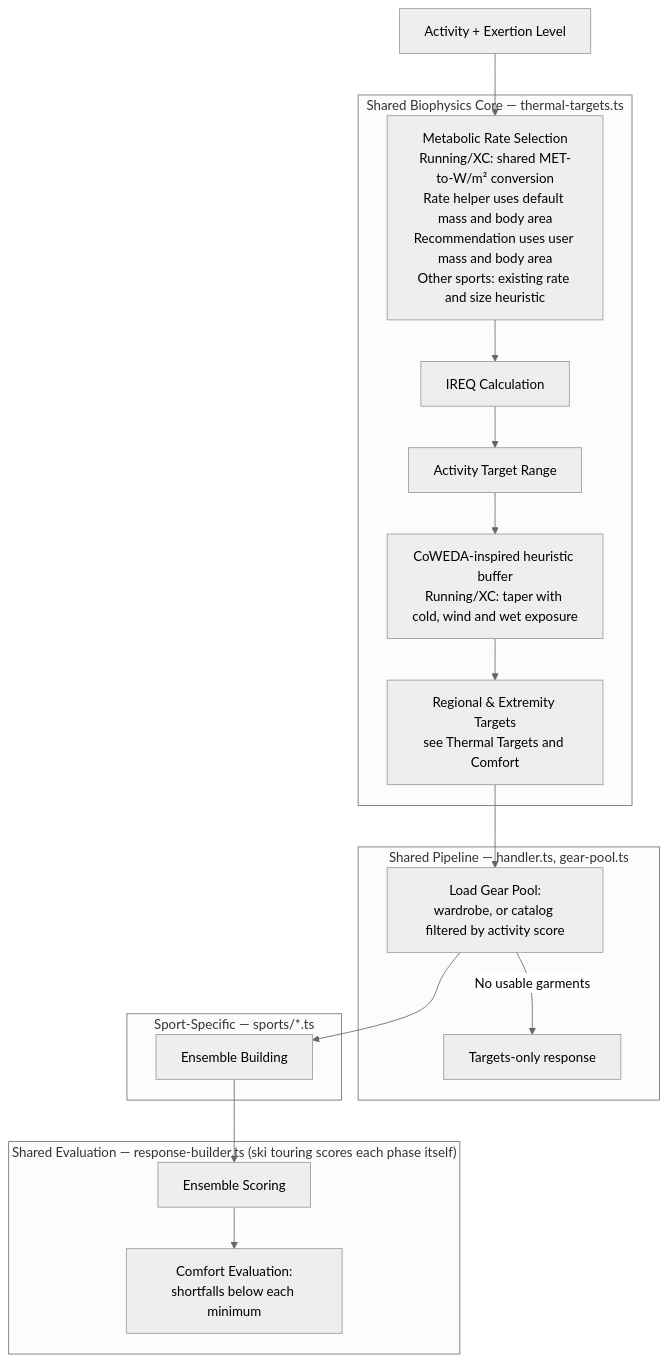
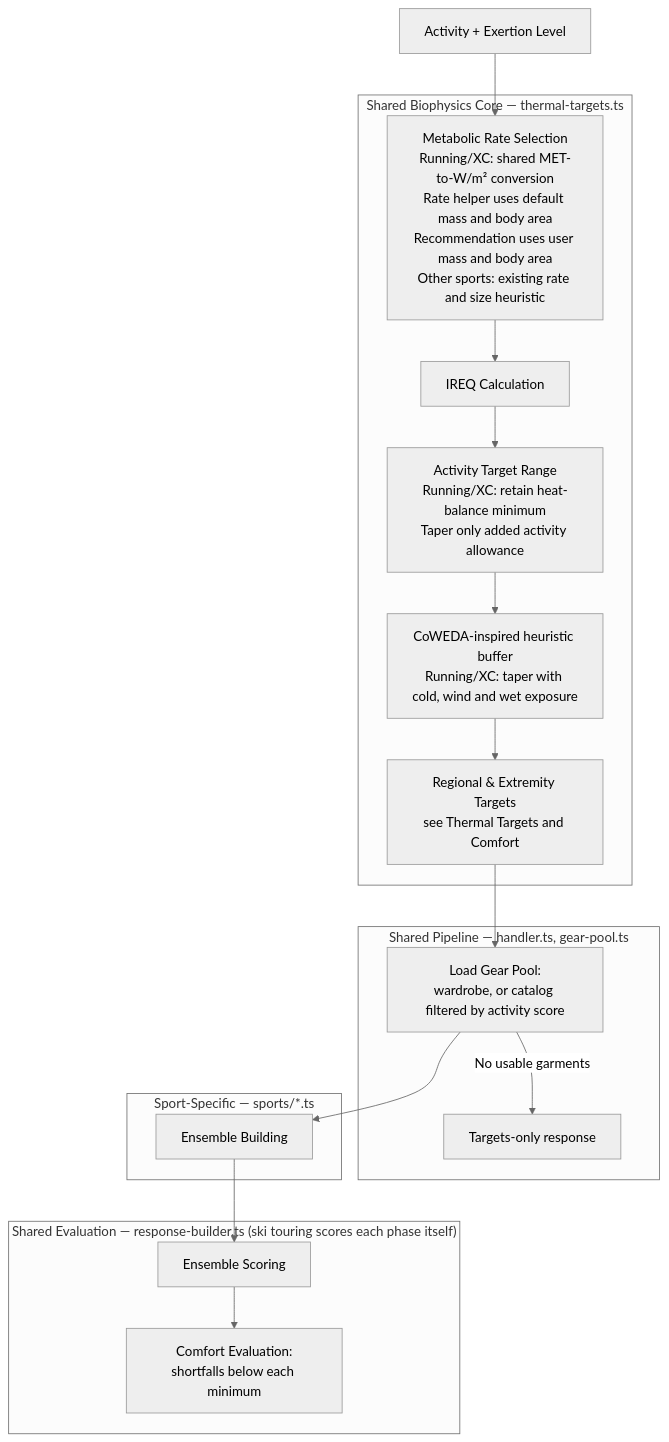
The first of 7 diagrams in README.md (derobertsw/swttr), drawn with Mermaid (neutral theme) before and after one commit. The commit also changed other lines of this file and 7 other files, not shown here.

Commit message:
Preserve running and XC heat-balance insulation targets (#298)

````diff
--- a/README.md
+++ b/README.md
@@ -49,35 +49,35 @@
 ```mermaid
 graph TD
     A[Activity + Exertion Level] --> B[Metabolic Rate Selection<br/>Running/XC: shared MET-to-W/m² conversion<br/>Rate helper uses default mass and body area<br/>Recommendation uses user mass and body area<br/>Other sports: existing rate and size heuristic]
     B --> C[IREQ Calculation]
-    C --> D[Activity Target Range]
+    C --> D[Activity Target Range<br/>Running/XC: retain heat-balance minimum<br/>Taper only added activity allowance]
     D --> E[CoWEDA-inspired heuristic buffer<br/>Running/XC: taper with cold, wind and wet exposure]
     E --> F[Regional & Extremity Targets<br/>see Thermal Targets and Comfort]
     F --> P[Load Gear Pool:<br/>wardrobe, or catalog filtered by activity score]
     P -->|No usable garments| T[Targets-only response]
     P --> G[Ensemble Building]
     G --> H[Ensemble Scoring]
     H --> I[Comfort Evaluation:<br/>shortfalls below each minimum]
 
     subgraph "Shared Biophysics Core — thermal-targets.ts"
         B
         C
         D
         E
         F
     end
 
     subgraph "Shared Pipeline — handler.ts, gear-pool.ts"
         P
         T
     end
 
     subgraph "Sport-Specific — sports/*.ts"
         G
     end
 
     subgraph "Shared Evaluation — response-builder.ts (ski touring scores each phase itself)"
         H
         I
     end
 ```
````
